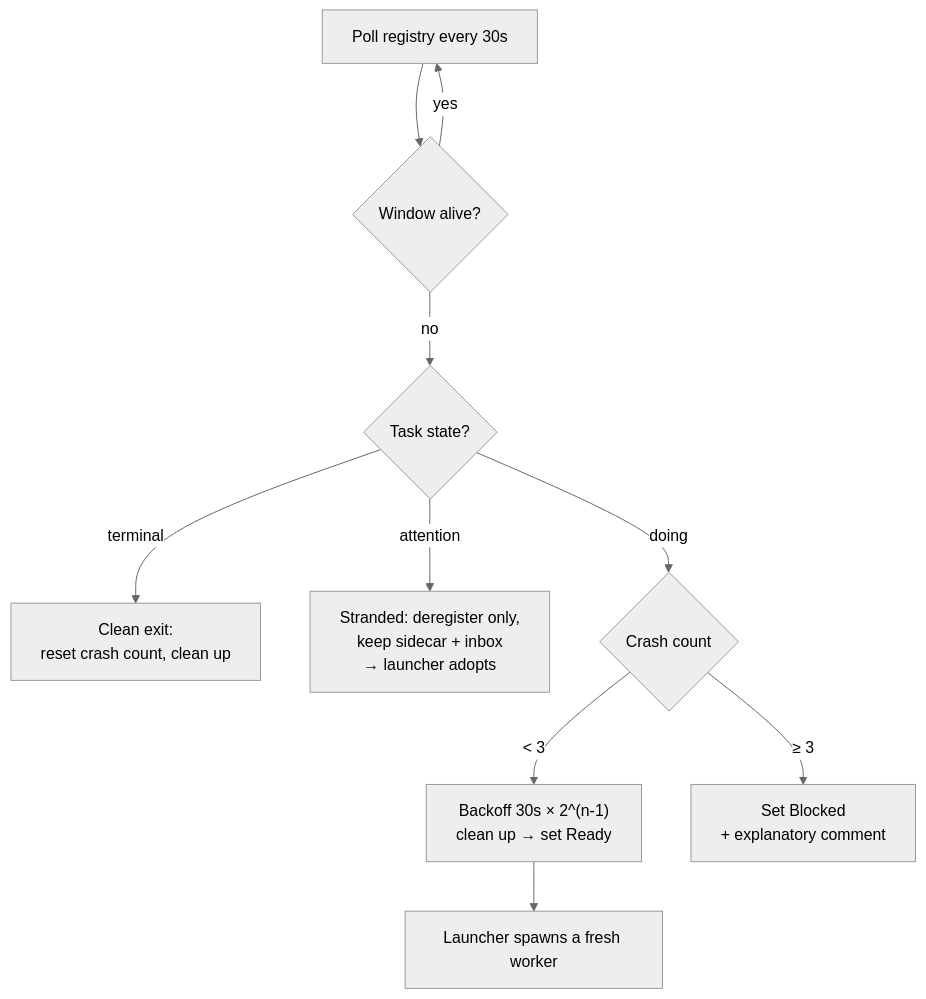
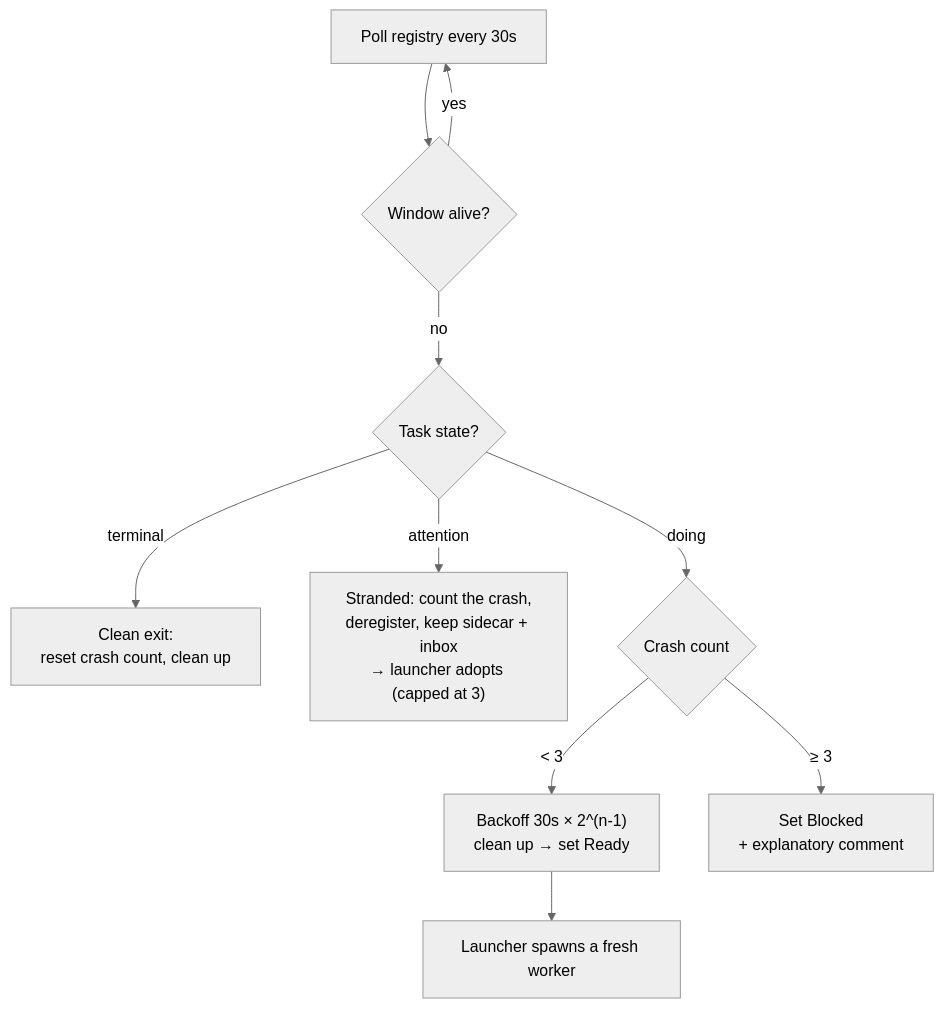
The fifth of 8 diagrams in docs/agentic-workflow.md (gara2000/agentmesh), drawn with Mermaid (neutral theme) before and after one commit. The commit also changed other lines of this file and 8 other files, not shown here.

````diff
--- a/docs/agentic-workflow.md
+++ b/docs/agentic-workflow.md
@@ -328,12 +328,12 @@
 ```mermaid
 flowchart TD
     Poll["Poll registry every 30s"] --> Live{"Window alive?"}
     Live -->|yes| Poll
     Live -->|no| State{"Task state?"}
     State -->|terminal| Clean["Clean exit:<br/>reset crash count, clean up"]
-    State -->|attention| Strand["Stranded: deregister only,<br/>keep sidecar + inbox<br/>→ launcher adopts"]
+    State -->|attention| Strand["Stranded: count the crash,<br/>deregister, keep sidecar + inbox<br/>→ launcher adopts (capped at 3)"]
     State -->|doing| Count{"Crash count"}
     Count -->|"< 3"| Retry["Backoff 30s × 2^(n-1)<br/>clean up → set Ready"]
     Count -->|"≥ 3"| Block["Set Blocked<br/>+ explanatory comment"]
     Retry --> Relaunch["Launcher spawns a fresh worker"]
 ```
````
